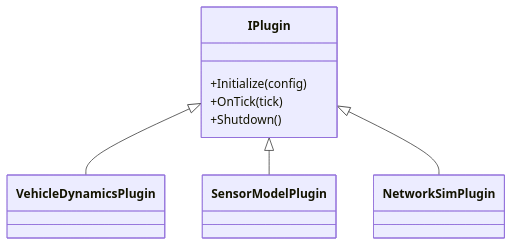
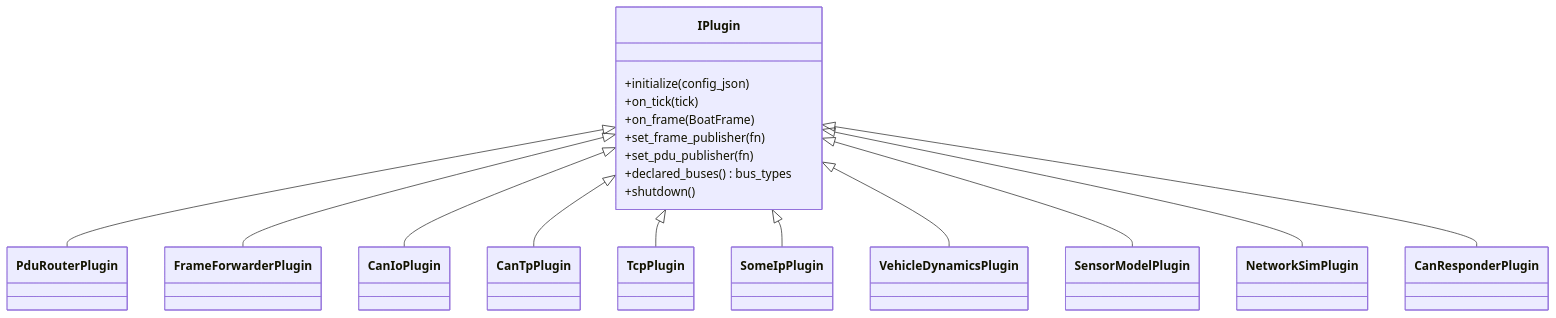
Before and after one commit to AlexTech-stack/BoAt: the first of 5 diagrams in boat-platform/docs/diagrams/class-diagrams.md, drawn with Mermaid. The commit also changed other lines of this file and 8 other files, not shown here.

First line of the commit message:
docs: update architecture docs for ABI v8 plugin-focused architecture

````diff
--- a/boat-platform/docs/diagrams/class-diagrams.md
+++ b/boat-platform/docs/diagrams/class-diagrams.md
@@ -5,15 +5,33 @@
 ```mermaid
 classDiagram
     class IPlugin {
-      +Initialize(config)
-      +OnTick(tick)
-      +Shutdown()
+      +initialize(config_json)
+      +on_tick(tick)
+      +on_frame(BoatFrame)
+      +set_frame_publisher(fn)
+      +set_pdu_publisher(fn)
+      +declared_buses() bus_types
+      +shutdown()
     }
+    class PduRouterPlugin
+    class FrameForwarderPlugin
+    class CanIoPlugin
+    class CanTpPlugin
+    class TcpPlugin
+    class SomeIpPlugin
     class VehicleDynamicsPlugin
     class SensorModelPlugin
     class NetworkSimPlugin
+    class CanResponderPlugin
 
+    IPlugin <|-- PduRouterPlugin
+    IPlugin <|-- FrameForwarderPlugin
+    IPlugin <|-- CanIoPlugin
+    IPlugin <|-- CanTpPlugin
+    IPlugin <|-- TcpPlugin
+    IPlugin <|-- SomeIpPlugin
     IPlugin <|-- VehicleDynamicsPlugin
     IPlugin <|-- SensorModelPlugin
     IPlugin <|-- NetworkSimPlugin
+    IPlugin <|-- CanResponderPlugin
 ```
````
